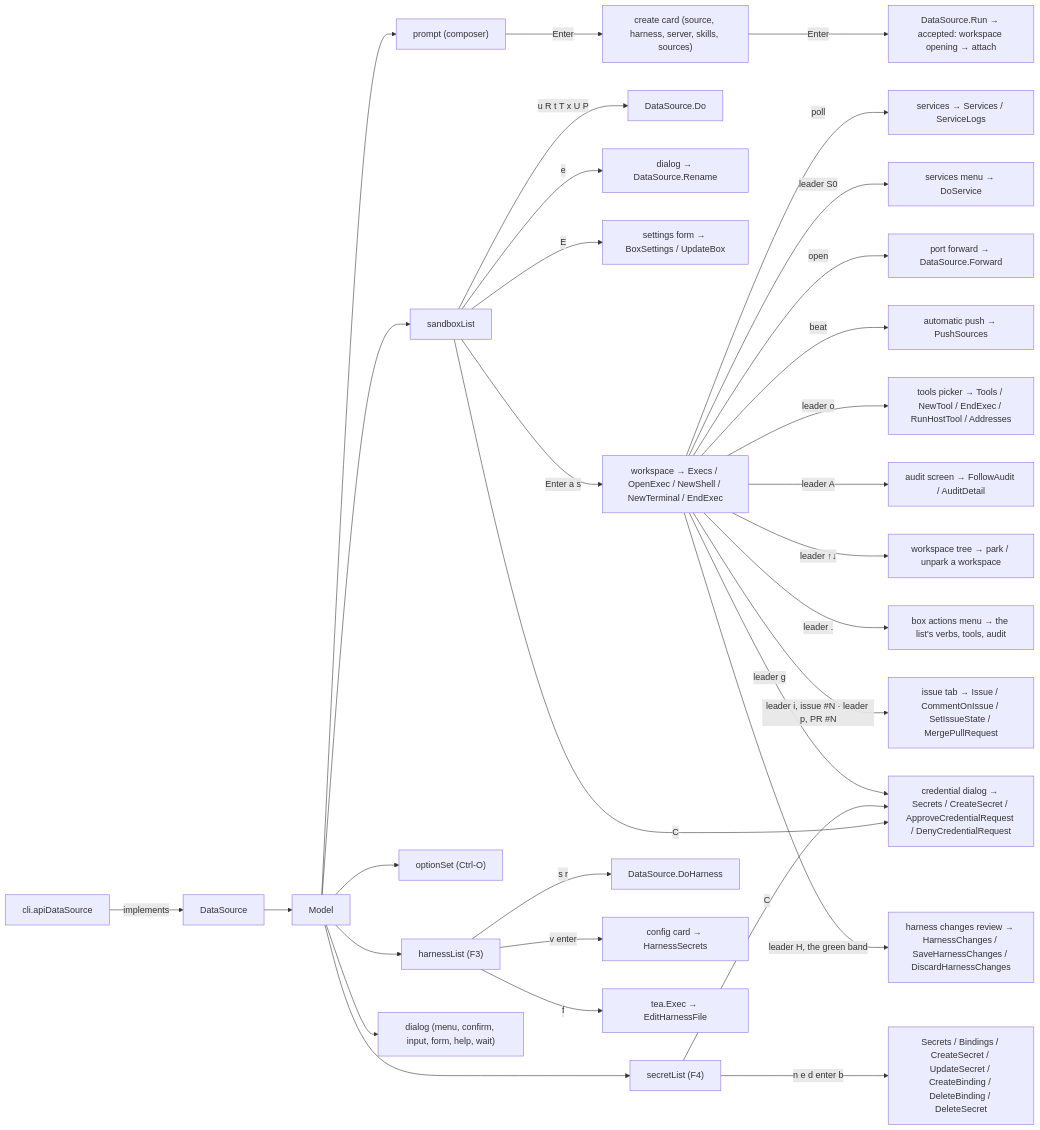
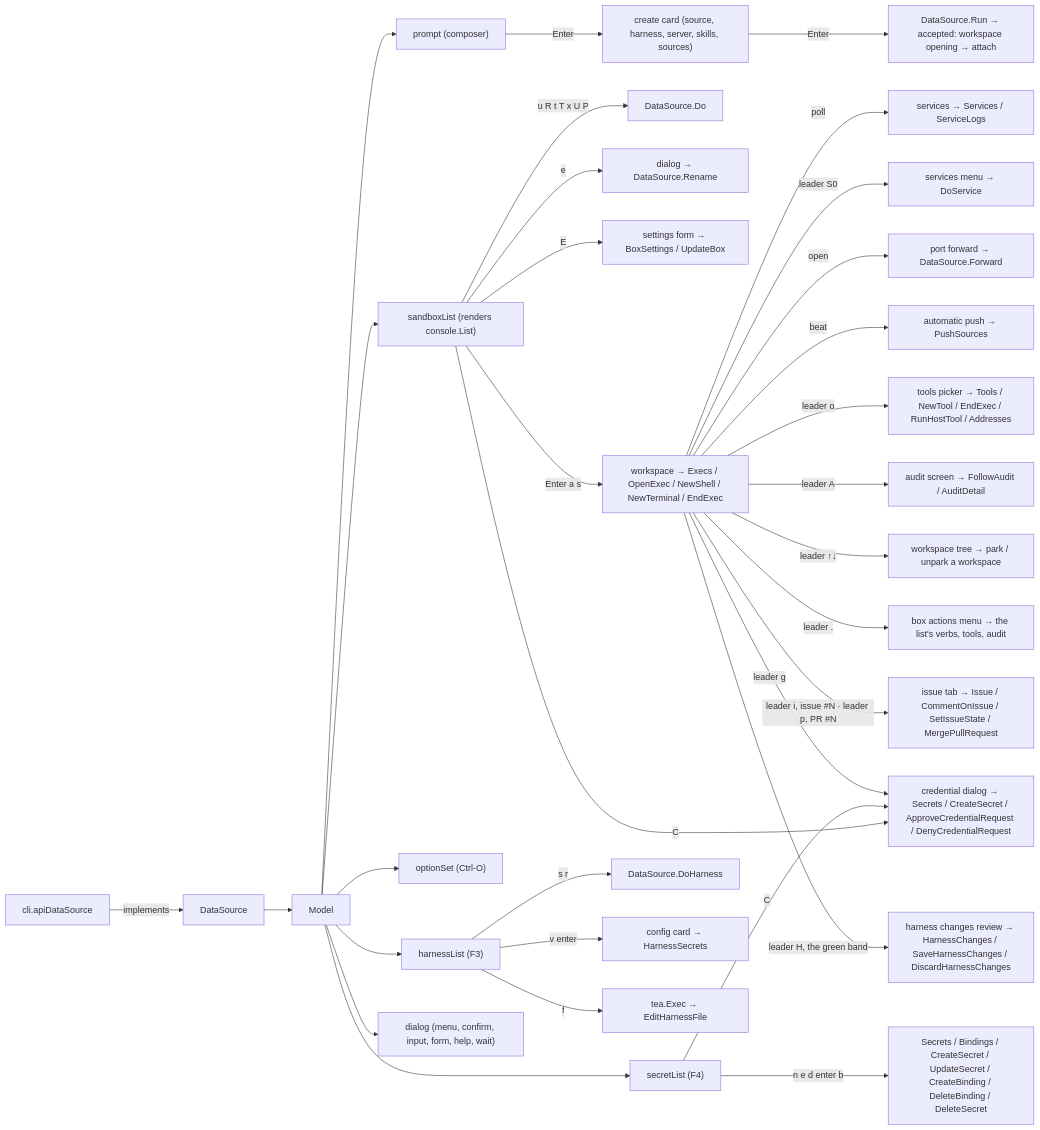
One commit to discobox-ai/discobox changed the first of 2 diagrams in cli/internal/tui/DESIGN.md. Above: the diagram before and after it, drawn with Mermaid. The commit also changed other lines of this file and 62 other files, not shown here.

First line of the commit message:
refactor(console): the list model moves into the core

````diff
--- a/cli/internal/tui/DESIGN.md
+++ b/cli/internal/tui/DESIGN.md
@@ -14,34 +14,34 @@
 ```mermaid
 flowchart LR
     CLI["cli.apiDataSource"] -->|implements| DS["DataSource"]
     DS --> M["Model"]
     M --> P["prompt (composer)"]
-    M --> L["sandboxList"]
+    M --> L["sandboxList (renders console.List)"]
     M --> O["optionSet (Ctrl-O)"]
     M --> A["harnessList (F3)"]
     M --> D["dialog (menu, confirm, input, form, help, wait)"]
     P -->|Enter| Card["create card (source, harness, server, skills, sources)"]
     Card -->|Enter| Run["DataSource.Run → accepted: workspace opening → attach"]
     L -->|u R t T x U P| Verb["DataSource.Do"]
     L -->|e| Rename["dialog → DataSource.Rename"]
     L -->|E| Settings["settings form → BoxSettings / UpdateBox"]
     L -->|Enter a s| WS["workspace → Execs / OpenExec / NewShell / NewTerminal / EndExec"]
     WS -->|poll| Svc["services → Services / ServiceLogs"]
     WS -->|leader S0| SvcMenu["services menu → DoService"]
     WS -->|open| Fwd["port forward → DataSource.Forward"]
     WS -->|beat| Push["automatic push → PushSources"]
     L -->|C| Cred["credential dialog → Secrets / CreateSecret / ApproveCredentialRequest / DenyCredentialRequest"]
     M --> S["secretList (F4)"]
     S -->|n e d enter b| SVerb["Secrets / Bindings / CreateSecret / UpdateSecret / CreateBinding / DeleteBinding / DeleteSecret"]
     S -->|C| Cred
     WS -->|leader g| Cred
     WS -->|leader o| T["tools picker → Tools / NewTool / EndExec / RunHostTool / Addresses"]
     WS -->|leader A| Aud["audit screen → FollowAudit / AuditDetail"]
     WS -->|leader ↑↓| Tree["workspace tree → park / unpark a workspace"]
     WS -->|leader .| Menu["box actions menu → the list's verbs, tools, audit"]
     WS -->|leader i, issue #N · leader p, PR #N| Iss["issue tab → Issue / CommentOnIssue / SetIssueState / MergePullRequest"]
     A -->|s r| AVerb["DataSource.DoHarness"]
     A -->|v enter| ACard["config card → HarnessSecrets"]
     A -->|f| AExec["tea.Exec → EditHarnessFile"]
     WS -->|leader H, the green band| HC["harness changes review → HarnessChanges / SaveHarnessChanges / DiscardHarnessChanges"]
 ```
````
